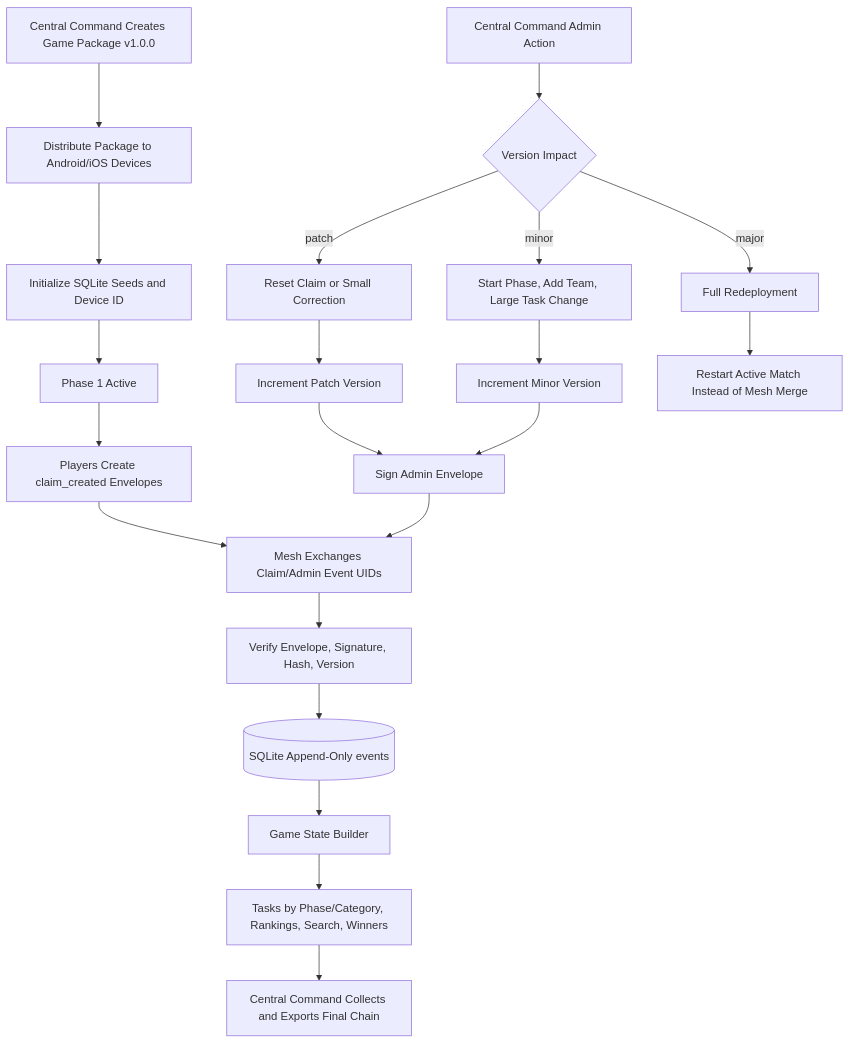
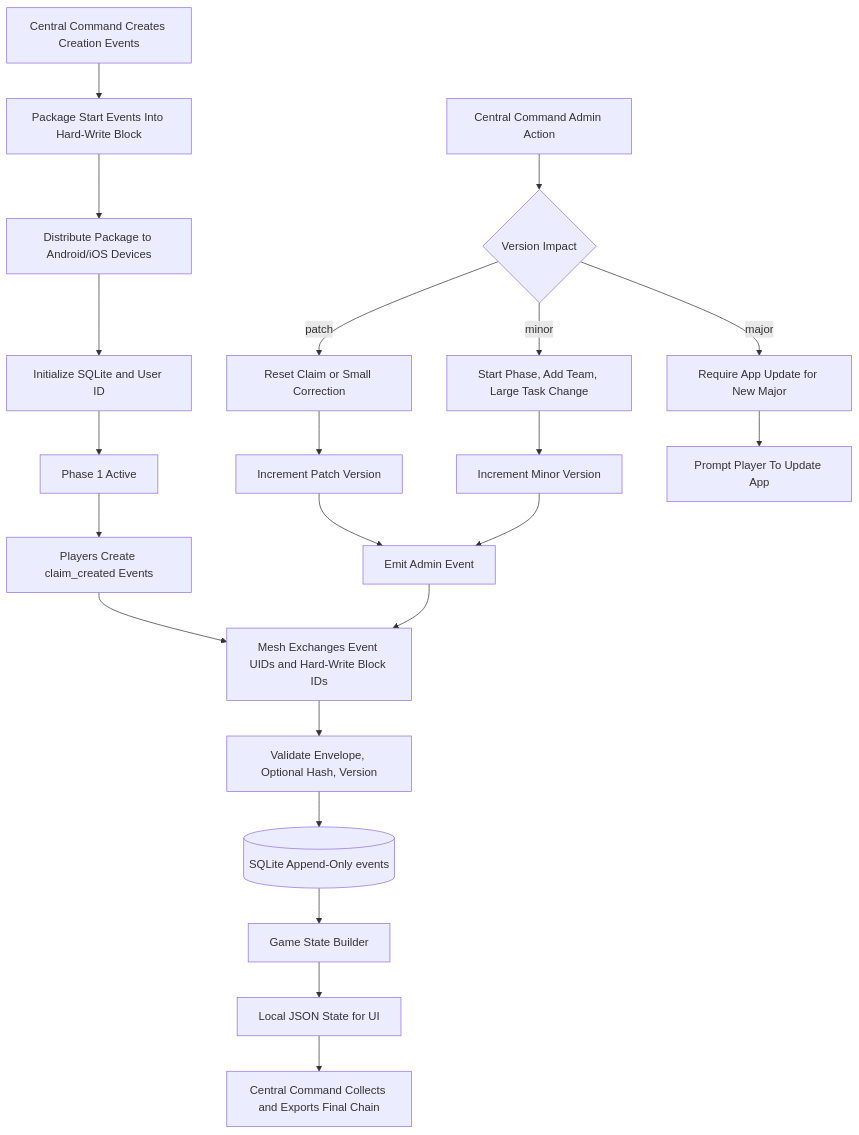
The fifth of 5 diagrams in docs/design-doc-v1.md (Gabriel-Gerdes/HumanHaunt), drawn with Mermaid before and after one commit. The commit also changed other lines of this file, not shown here.

````diff
--- a/docs/design-doc-v1.md
+++ b/docs/design-doc-v1.md
@@ -664,28 +737,29 @@
 ```mermaid
 flowchart TD
-  setup[Central Command Creates Game Package v1.0.0] --> distribute[Distribute Package to Android/iOS Devices]
-  distribute --> initialize[Initialize SQLite Seeds and Device ID]
+  setup[Central Command Creates Creation Events] --> block[Package Start Events Into Hard-Write Block]
+  block --> distribute[Distribute Package to Android/iOS Devices]
+  distribute --> initialize[Initialize SQLite and User ID]
   initialize --> phase1[Phase 1 Active]
 
-  phase1 --> claims[Players Create claim_created Envelopes]
-  claims --> mesh[Mesh Exchanges Claim/Admin Event UIDs]
+  phase1 --> claims[Players Create claim_created Events]
+  claims --> mesh[Mesh Exchanges Event UIDs and Hard-Write Block IDs]
 
   admin_action[Central Command Admin Action] --> classify{Version Impact}
   classify -->|patch| patch[Reset Claim or Small Correction]
   classify -->|minor| minor[Start Phase, Add Team, Large Task Change]
-  classify -->|major| major[Full Redeployment]
+  classify -->|major| major[Require App Update for New Major]
 
   patch --> increment_patch[Increment Patch Version]
   minor --> increment_minor[Increment Minor Version]
-  major --> restart[Restart Active Match Instead of Mesh Merge]
+  major --> update_prompt[Prompt Player To Update App]
 
-  increment_patch --> sign[Sign Admin Envelope]
-  increment_minor --> sign
-  sign --> mesh
+  increment_patch --> emit[Emit Admin Event]
+  increment_minor --> emit
+  emit --> mesh
 
-  mesh --> verify[Verify Envelope, Signature, Hash, Version]
+  mesh --> verify[Validate Envelope, Optional Hash, Version]
   verify --> store[(SQLite Append-Only events)]
   store --> builder[Game State Builder]
-  builder --> state[Tasks by Phase/Category, Rankings, Search, Winners]
+  builder --> state[Local JSON State for UI]
   state --> export[Central Command Collects and Exports Final Chain]
 ```
````
